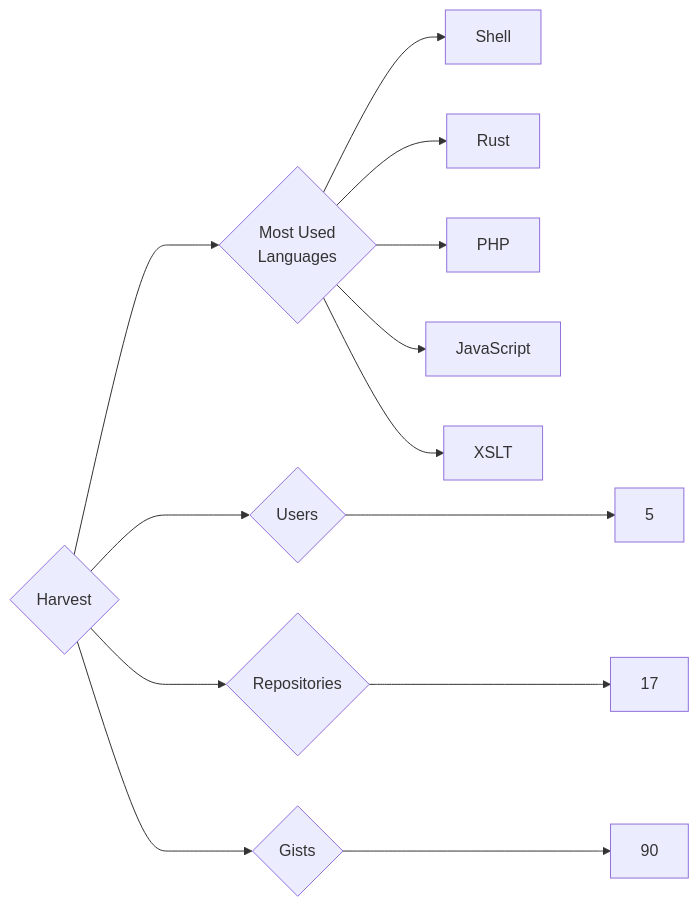
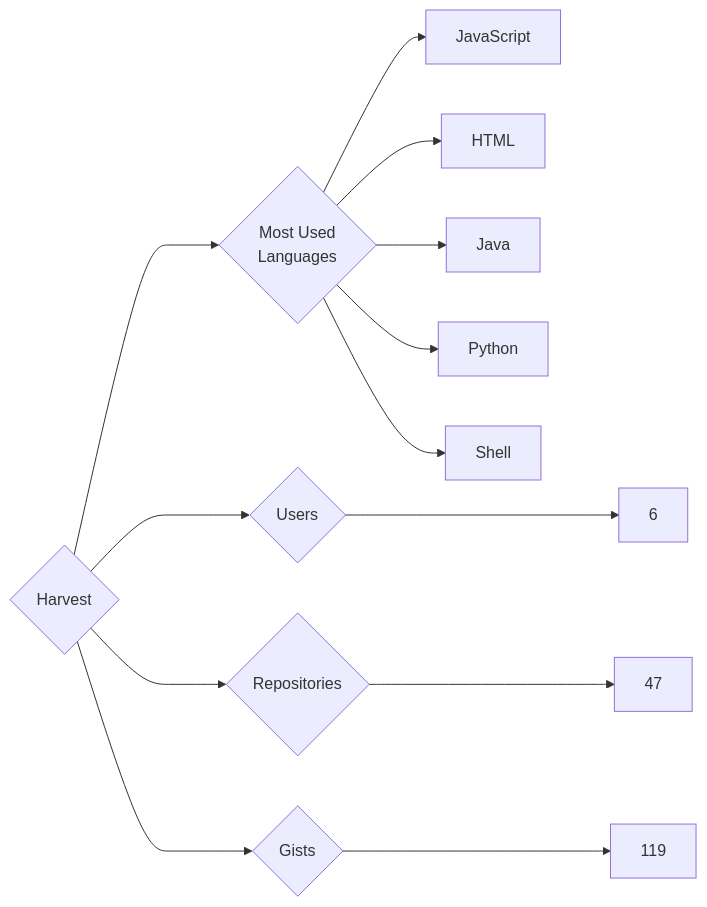
The diagram in targets/Harvest/README.md (trickest/insiders), drawn with Mermaid before and after one commit. The commit also changed 925 other files, not shown here.

````diff
--- a/targets/Harvest/README.md
+++ b/targets/Harvest/README.md
@@ -3,13 +3,13 @@
 ```mermaid
 graph LR
 COMPANY_NAME{Harvest}
-COMPANY_NAME ---> U{Users} ---> UN[5]
-COMPANY_NAME ---> R{Repositories} ---> RN[17]
-COMPANY_NAME ---> G{Gists} ---> GN[90]
+COMPANY_NAME ---> U{Users} ---> UN[6]
+COMPANY_NAME ---> R{Repositories} ---> RN[47]
+COMPANY_NAME ---> G{Gists} ---> GN[119]
 COMPANY_NAME ---> ML{Most Used<br>Languages}
+ML --> JavaScript[JavaScript]
+ML --> HTML[HTML]
+ML --> Java[Java]
+ML --> Python[Python]
 ML --> Shell[Shell]
-ML --> Rust[Rust]
-ML --> PHP[PHP]
-ML --> JavaScript[JavaScript]
-ML --> XSLT[XSLT]
 ```
````
